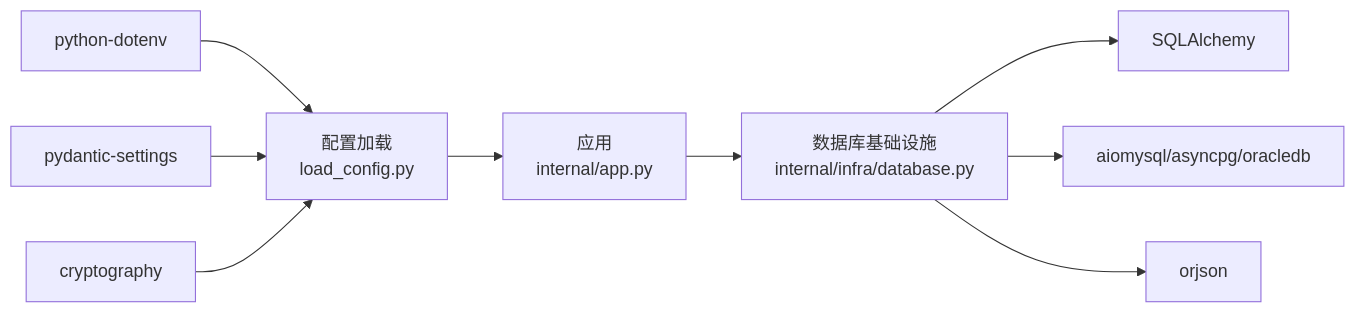
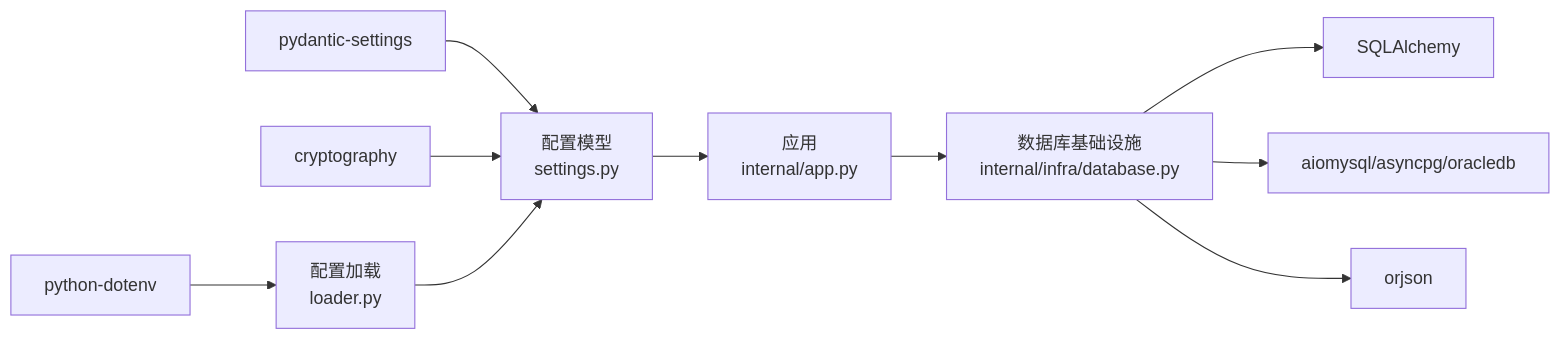
One commit to lilinzezzzzzz/fastapi-backend changed the fourth of 4 diagrams in .qoder/repowiki/zh/content/数据库集成/数据库配置.md. Above: the diagram before and after it, drawn with Mermaid. The commit also changed other lines of this file and 38 other files, not shown here.

````diff
--- a/.qoder/repowiki/zh/content/数据库集成/数据库配置.md
+++ b/.qoder/repowiki/zh/content/数据库集成/数据库配置.md
@@ -276,11 +313,12 @@
 ```mermaid
 graph LR
-DOTENV["python-dotenv"] --> LOAD["配置加载<br/>load_config.py"]
-PYSET["pydantic-settings"] --> LOAD
-CRYPTO["cryptography"] --> LOAD
-LOAD --> APP["应用<br/>internal/app.py"]
+DOTENV["python-dotenv"] --> LOADER["配置加载<br/>loader.py"]
+PYSET["pydantic-settings"] --> SETTINGS["配置模型<br/>settings.py"]
+CRYPTO["cryptography"] --> SETTINGS
+LOADER --> SETTINGS
+SETTINGS --> APP["应用<br/>internal/app.py"]
 APP --> DBINFRA["数据库基础设施<br/>internal/infra/database.py"]
 DBINFRA --> SQLA["SQLAlchemy"]
 DBINFRA --> DRIVERS["aiomysql/asyncpg/oracledb"]
 DBINFRA --> ORJSON["orjson"]
 ```
````
